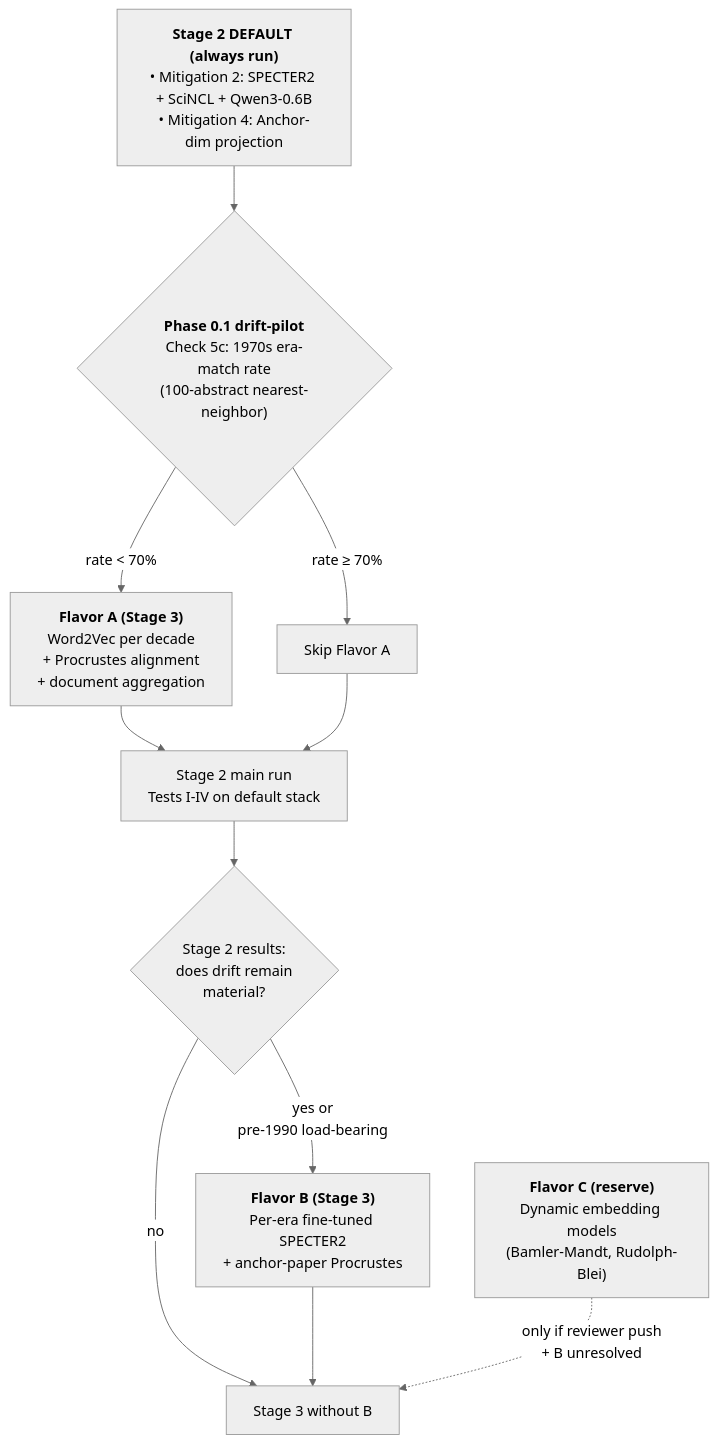
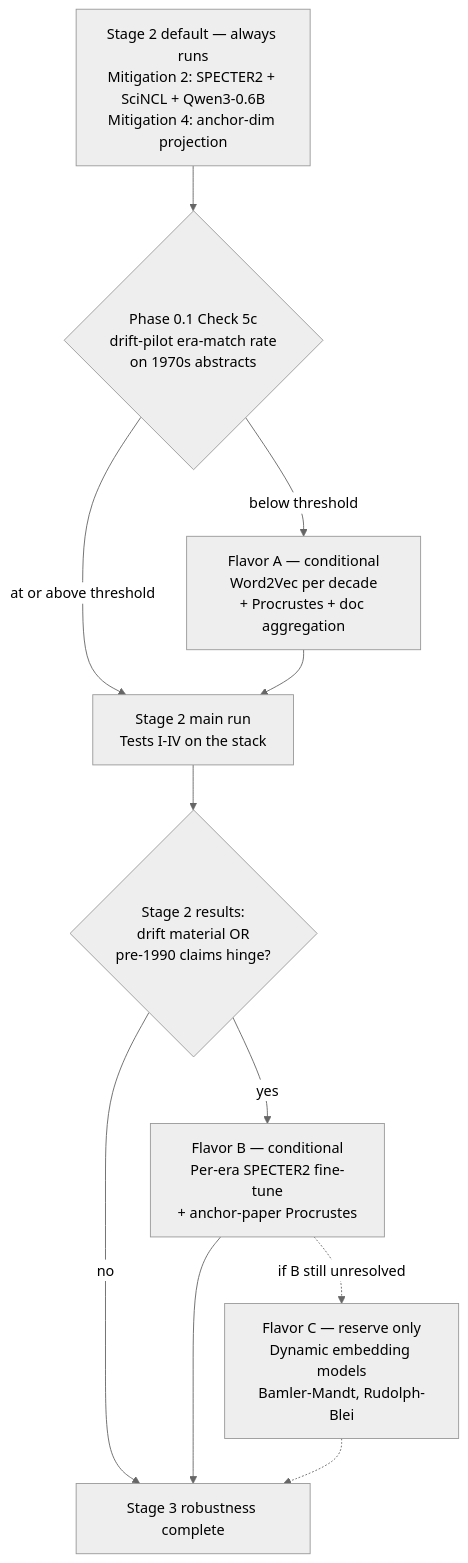
One commit to kar-ganap/originality changed the third of 7 diagrams in whitespace_2/docs/plan-at-a-glance.md. Above: the diagram before and after it, drawn with Mermaid (neutral theme). The commit also changed other lines of this file, not shown here.

Commit message:
Phase 0.1: fix rendering of drift-mitigation ladder diagram
The previous version used characters that Mermaid parsers handle
inconsistently in edge labels:
- Special characters (less-than sign, unicode ≥) inside edge labels
- HTML <br/> tags inside edge labels (reliable in node labels, not
  in edge labels)
- HTML <b> bold tags inside node labels (newer Mermaid versions only)

Rewritten to use only plain-text edge labels and plain node labels
without inline HTML. Threshold semantics (70% era-match rate boundary;
50-70% insurance zone; under 50% strong indication) moved to prose
below the diagram since they read better there than as diagram text.

Tests rendering on GitHub's Mermaid integration.

````diff
--- a/whitespace_2/docs/plan-at-a-glance.md
+++ b/whitespace_2/docs/plan-at-a-glance.md
@@ -89,29 +89,22 @@
 ```mermaid
 flowchart TB
-    Default["<b>Stage 2 DEFAULT (always run)</b><br/>• Mitigation 2: SPECTER2 + SciNCL + Qwen3-0.6B<br/>• Mitigation 4: Anchor-dim projection"]
-
-    Pilot{"<b>Phase 0.1 drift-pilot</b><br/>Check 5c: 1970s era-match rate<br/>(100-abstract nearest-neighbor)"}
-
-    FA["<b>Flavor A (Stage 3)</b><br/>Word2Vec per decade<br/>+ Procrustes alignment<br/>+ document aggregation"]
-    Skip["Skip Flavor A"]
-
-    Stage2["Stage 2 main run<br/>Tests I-IV on default stack"]
-
-    CheckS2{"Stage 2 results:<br/>does drift remain<br/>material?"}
-
-    FB["<b>Flavor B (Stage 3)</b><br/>Per-era fine-tuned SPECTER2<br/>+ anchor-paper Procrustes"]
-
-    FC["<b>Flavor C (reserve)</b><br/>Dynamic embedding models<br/>(Bamler-Mandt, Rudolph-Blei)"]
+    Default["Stage 2 default — always runs<br/>Mitigation 2: SPECTER2 + SciNCL + Qwen3-0.6B<br/>Mitigation 4: anchor-dim projection"]
+    Pilot{"Phase 0.1 Check 5c<br/>drift-pilot era-match rate<br/>on 1970s abstracts"}
+    FA["Flavor A — conditional<br/>Word2Vec per decade<br/>+ Procrustes + doc aggregation"]
+    Stage2["Stage 2 main run<br/>Tests I-IV on the stack"]
+    Check2{"Stage 2 results:<br/>drift material OR<br/>pre-1990 claims hinge?"}
+    FB["Flavor B — conditional<br/>Per-era SPECTER2 fine-tune<br/>+ anchor-paper Procrustes"]
+    FC["Flavor C — reserve only<br/>Dynamic embedding models<br/>Bamler-Mandt, Rudolph-Blei"]
+    Done["Stage 3 robustness complete"]
 
     Default --> Pilot
-    Pilot -->|rate < 70%| FA
-    Pilot -->|rate ≥ 70%| Skip
+    Pilot -->|below threshold| FA
+    Pilot -->|at or above threshold| Stage2
     FA --> Stage2
-    Skip --> Stage2
-    Stage2 --> CheckS2
-    CheckS2 -->|yes or<br/>pre-1990 load-bearing| FB
-    CheckS2 -->|no| Done[Stage 3 without B]
+    Stage2 --> Check2
+    Check2 -->|yes| FB
+    Check2 -->|no| Done
     FB --> Done
-
-    FC -.->|only if reviewer push<br/>+ B unresolved| Done
+    FB -.->|if B still unresolved| FC
+    FC -.-> Done
 ```
````
